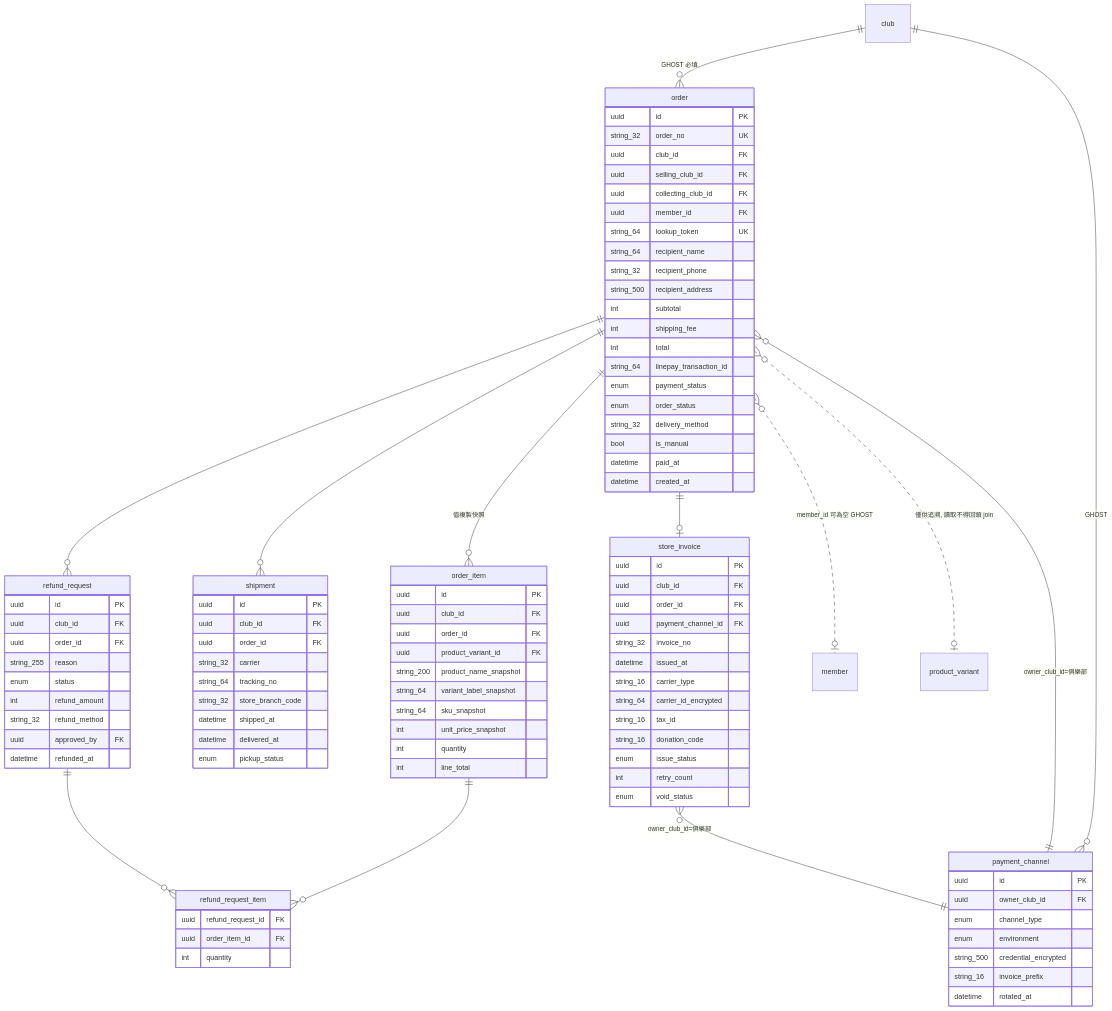
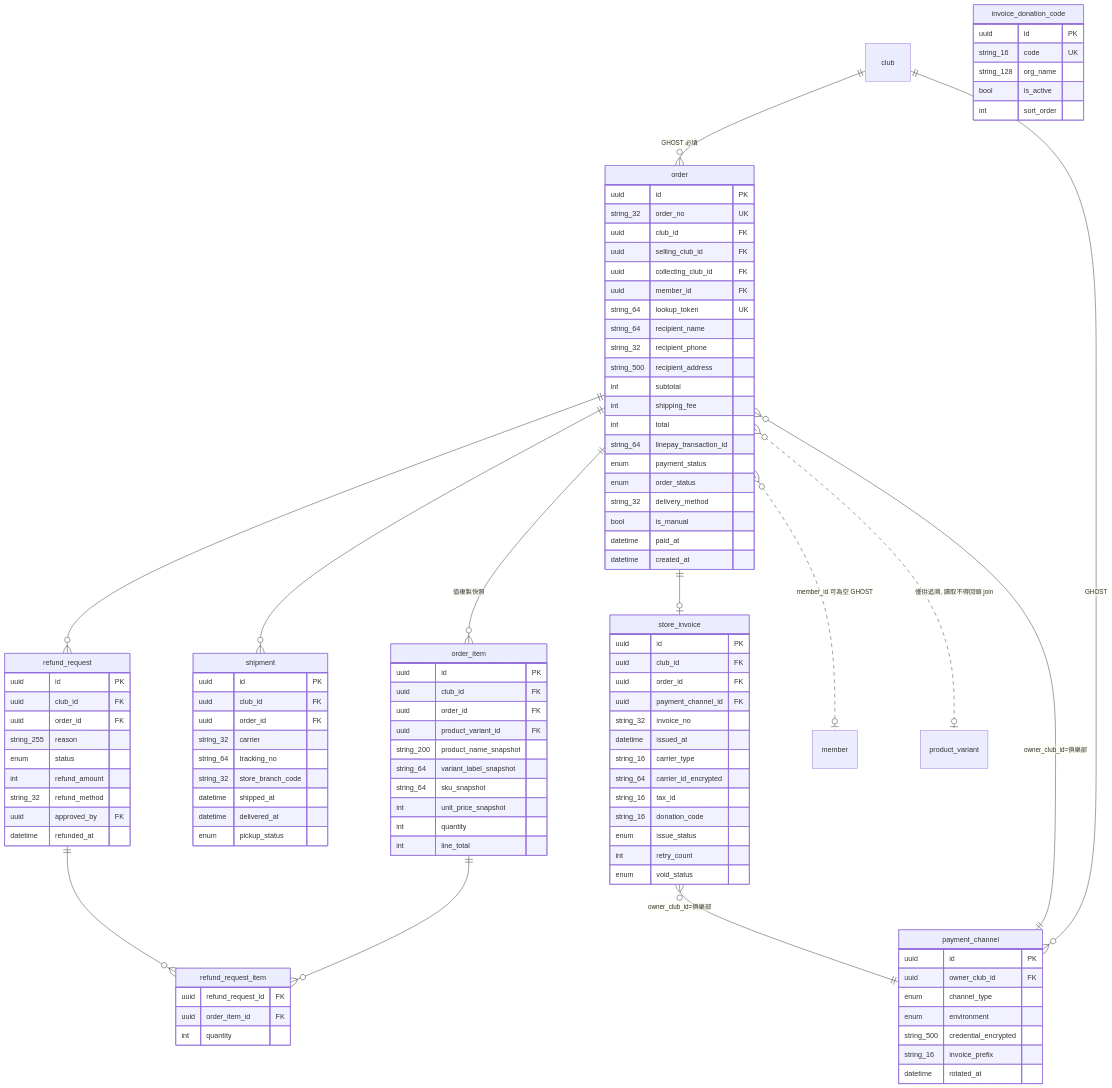
Before and after one commit to waiting0201/tcrfc: diagram 13 of 16 in docs/12a-database-erd.md, drawn with Mermaid. The commit also changed other lines of this file and 1 other file, not shown here.

```diff
--- a/docs/12a-database-erd.md
+++ b/docs/12a-database-erd.md
@@ -972,6 +1002,13 @@
     int retry_count
     enum void_status
   }
+  invoice_donation_code {
+    uuid id PK
+    string_16 code UK
+    string_128 org_name
+    bool is_active
+    int sort_order
+  }
   payment_channel {
     uuid id PK
     uuid owner_club_id FK
```
